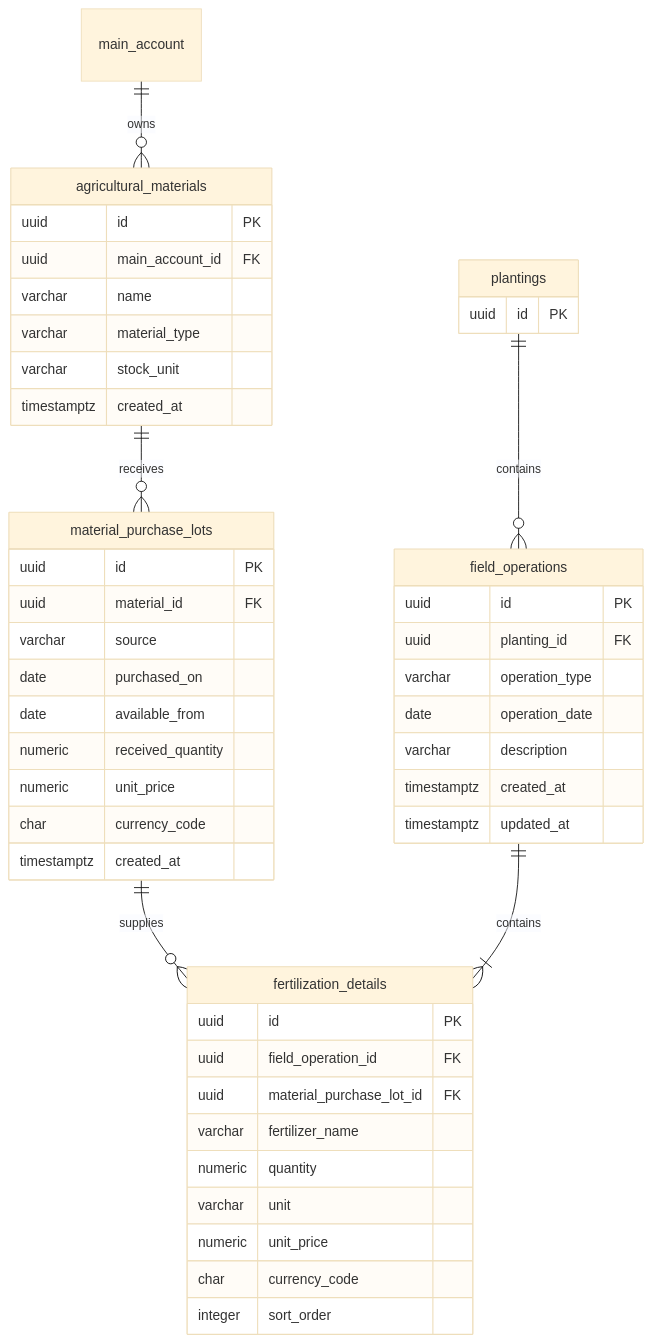
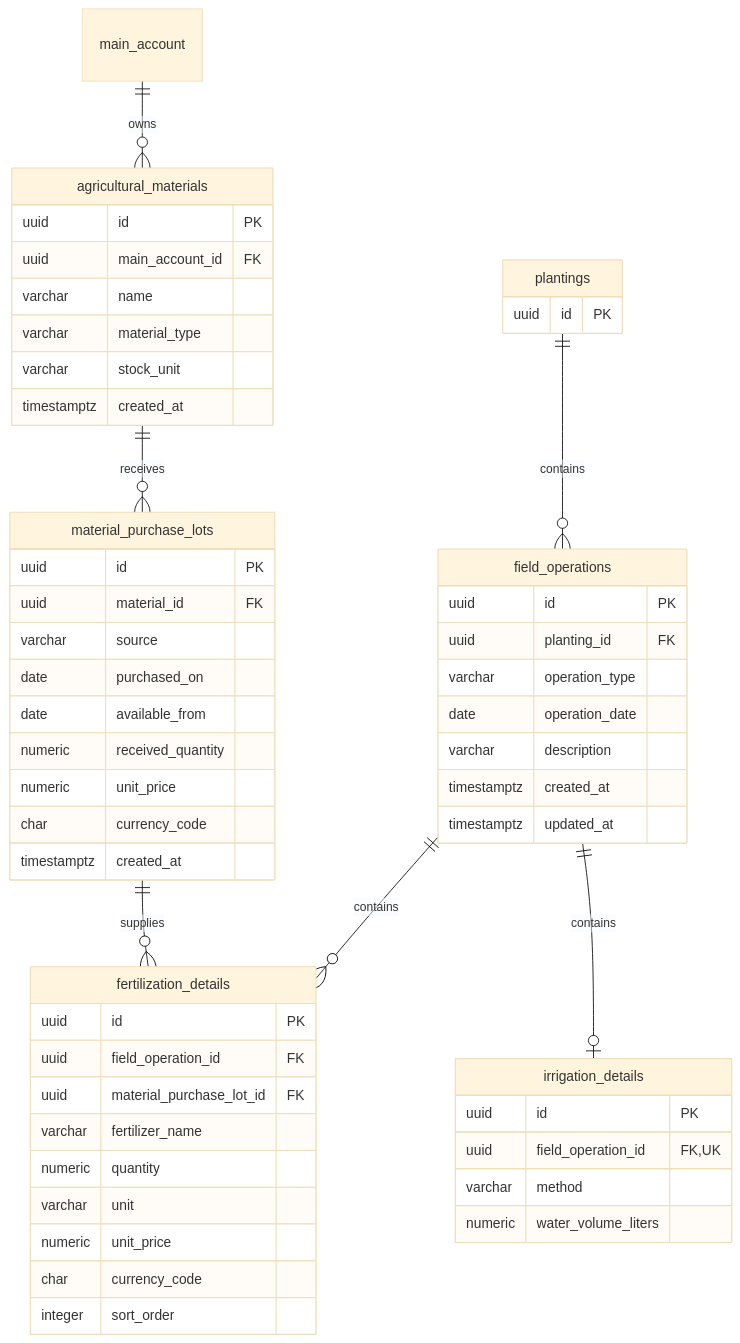
One commit to HanChiYang/crop-pilot changed the first of 2 diagrams in docs/design/first-desktop-slice-database.md. Above: the diagram before and after it, drawn with Mermaid (base theme). The commit also changed other lines of this file and 33 other files, not shown here.

````diff
--- a/docs/design/first-desktop-slice-database.md
+++ b/docs/design/first-desktop-slice-database.md
@@ -215,50 +226,57 @@
 ```mermaid
 erDiagram
     main_account ||--o{ agricultural_materials : owns
     agricultural_materials ||--o{ material_purchase_lots : receives
     material_purchase_lots ||--o{ fertilization_details : supplies
     plantings ||--o{ field_operations : contains
-    field_operations ||--|{ fertilization_details : contains
+    field_operations ||--o{ fertilization_details : contains
+    field_operations ||--o| irrigation_details : contains
     plantings {
         uuid id PK
     }
     field_operations {
         uuid id PK
         uuid planting_id FK
         varchar operation_type
         date operation_date
         varchar description
         timestamptz created_at
         timestamptz updated_at
     }
     fertilization_details {
         uuid id PK
         uuid field_operation_id FK
         uuid material_purchase_lot_id FK
         varchar fertilizer_name
         numeric quantity
         varchar unit
         numeric unit_price
         char currency_code
         integer sort_order
     }
+    irrigation_details {
+        uuid id PK
+        uuid field_operation_id FK, UK
+        varchar method
+        numeric water_volume_liters
+    }
     agricultural_materials {
         uuid id PK
         uuid main_account_id FK
         varchar name
         varchar material_type
         varchar stock_unit
         timestamptz created_at
     }
     material_purchase_lots {
         uuid id PK
         uuid material_id FK
         varchar source
         date purchased_on
         date available_from
         numeric received_quantity
         numeric unit_price
         char currency_code
         timestamptz created_at
     }
 ```
````
